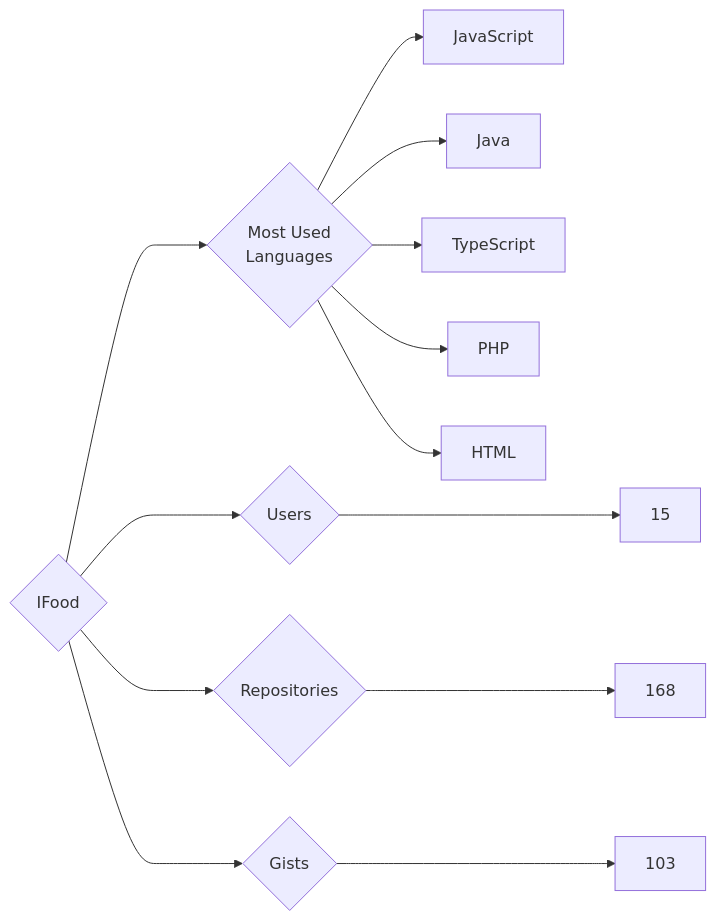
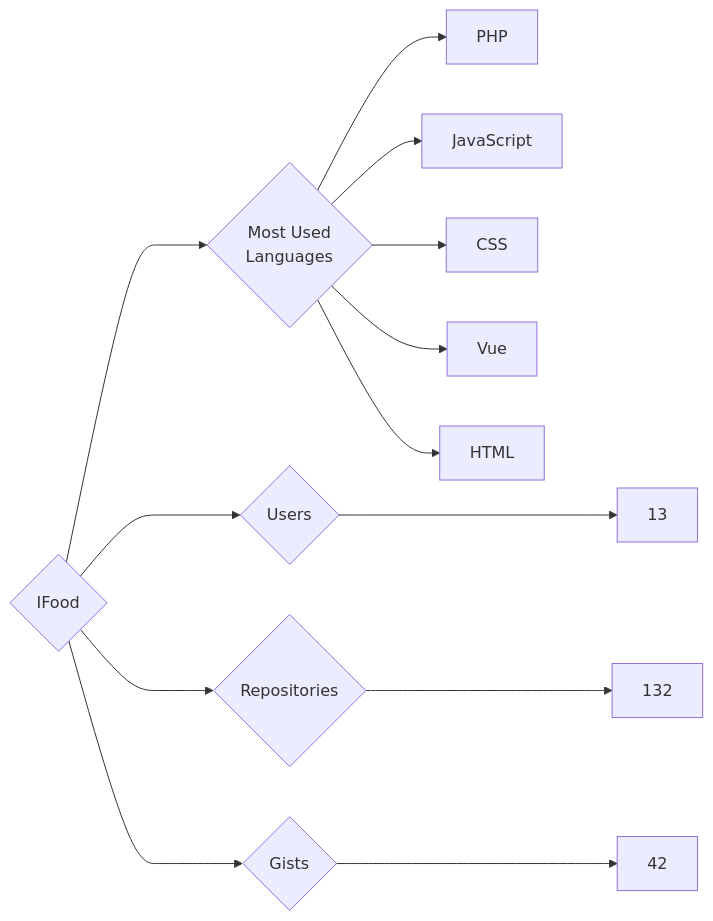
One commit to trickest/insiders changed the diagram in targets/IFood/README.md. Above: the diagram before and after it, drawn with Mermaid. The commit also changed 1089 other files, not shown here.

````diff
--- a/targets/IFood/README.md
+++ b/targets/IFood/README.md
@@ -3,13 +3,13 @@
 ```mermaid
 graph LR
 COMPANY_NAME{IFood}
-COMPANY_NAME ---> U{Users} ---> UN[15]
-COMPANY_NAME ---> R{Repositories} ---> RN[168]
-COMPANY_NAME ---> G{Gists} ---> GN[103]
+COMPANY_NAME ---> U{Users} ---> UN[13]
+COMPANY_NAME ---> R{Repositories} ---> RN[132]
+COMPANY_NAME ---> G{Gists} ---> GN[42]
 COMPANY_NAME ---> ML{Most Used<br>Languages}
+ML --> PHP[PHP]
 ML --> JavaScript[JavaScript]
-ML --> Java[Java]
-ML --> TypeScript[TypeScript]
-ML --> PHP[PHP]
+ML --> CSS[CSS]
+ML --> Vue[Vue]
 ML --> HTML[HTML]
 ```
````
